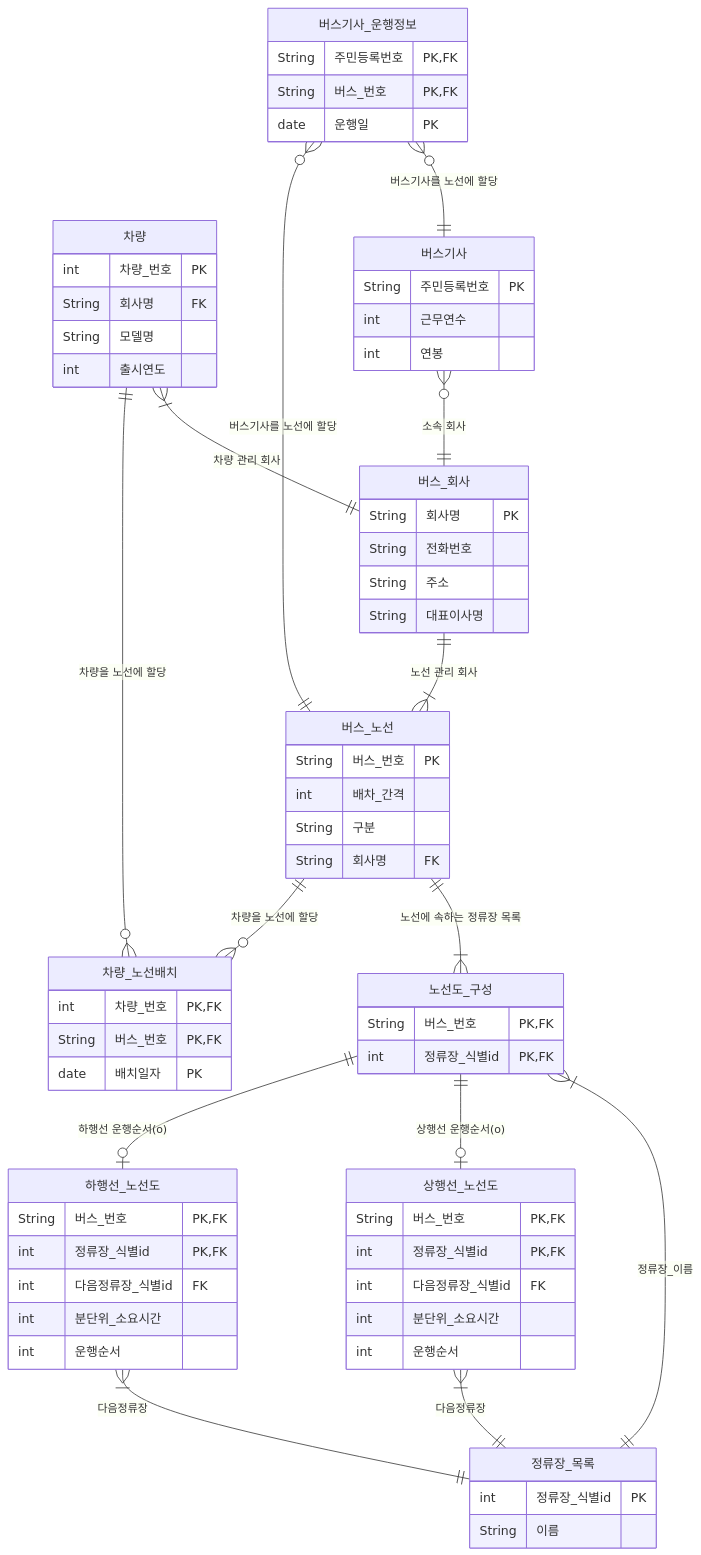
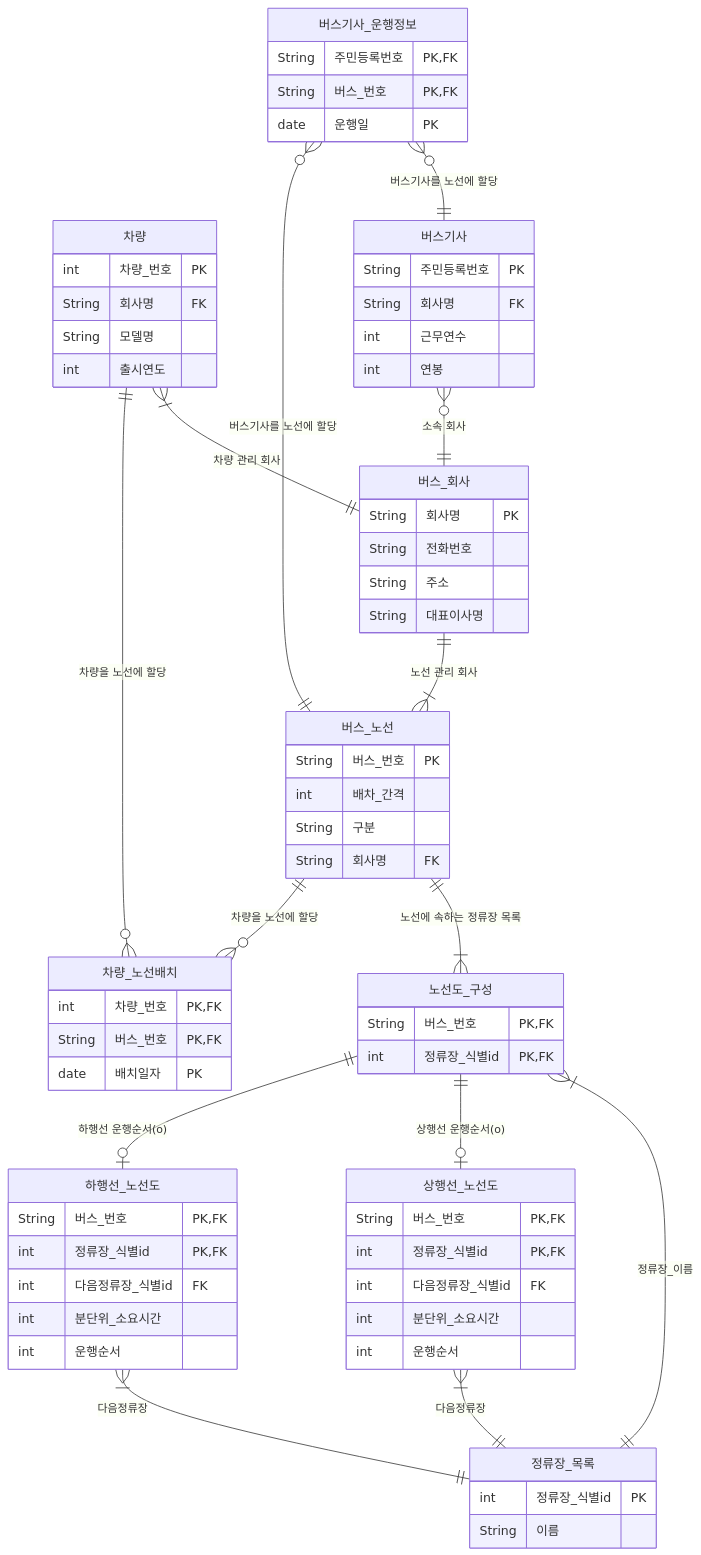
Before and after one commit to zerojun040329-eng/test-260401: the second of 2 diagrams in README.md, drawn with Mermaid.

````diff
--- a/README.md
+++ b/README.md
@@ -66,72 +66,73 @@
 ```mermaid
 erDiagram
   버스_노선 {
     String 버스_번호 PK
     int 배차_간격 
     String 구분
     String 회사명 FK
   }
   정류장_목록 {
     int 정류장_식별id PK
     String 이름
   }
   노선도_구성 {
     String 버스_번호 PK, FK
     int 정류장_식별id PK, FK
   }
   상행선_노선도 {
     String 버스_번호 PK, FK
     int 정류장_식별id PK, FK
     int 다음정류장_식별id FK
     int 분단위_소요시간
     int 운행순서
   }
   하행선_노선도 {
     String 버스_번호 PK, FK
     int 정류장_식별id PK, FK
     int 다음정류장_식별id FK
     int 분단위_소요시간
     int 운행순서
   }
   버스_회사 {
     String 회사명 PK
     String 전화번호
     String 주소
     String 대표이사명
   }
   차량 {
     int 차량_번호 PK
     String 회사명 FK
     String 모델명
     int 출시연도
   }
   차량_노선배치 {
     int 차량_번호 PK, FK
     String 버스_번호 PK, FK
     date 배치일자 PK
   }
   버스기사 {
     String 주민등록번호 PK
+    String 회사명 FK
     int 근무연수
     int 연봉
   }
   버스기사_운행정보 {
     String 주민등록번호 PK, FK
     String 버스_번호 PK, FK
     date 운행일 PK
   }
 
   버스_회사 ||--|{ 버스_노선 : "노선 관리 회사"
   차량 |{--|| 버스_회사 : "차량 관리 회사"
   버스_노선 ||--|{ 노선도_구성 : "노선에 속하는 정류장 목록"
   노선도_구성 |{--|| 정류장_목록 : "정류장_이름"
   노선도_구성 ||--o| 상행선_노선도 : "상행선 운행순서(o)"
   노선도_구성 ||--o| 하행선_노선도 : "하행선 운행순서(o)"
   상행선_노선도 |{--|| 정류장_목록 : "다음정류장"
   하행선_노선도 |{--|| 정류장_목록 : "다음정류장"
   버스기사_운행정보 o{--|| 버스기사 : "버스기사를 노선에 할당"
   버스기사_운행정보 o{--|| 버스_노선 : "버스기사를 노선에 할당"
   버스_노선 ||--o{ 차량_노선배치 : "차량을 노선에 할당"
   차량 ||--o{ 차량_노선배치 : "차량을 노선에 할당"
   버스기사 o{--|| 버스_회사 : "소속 회사"
 ```
````
